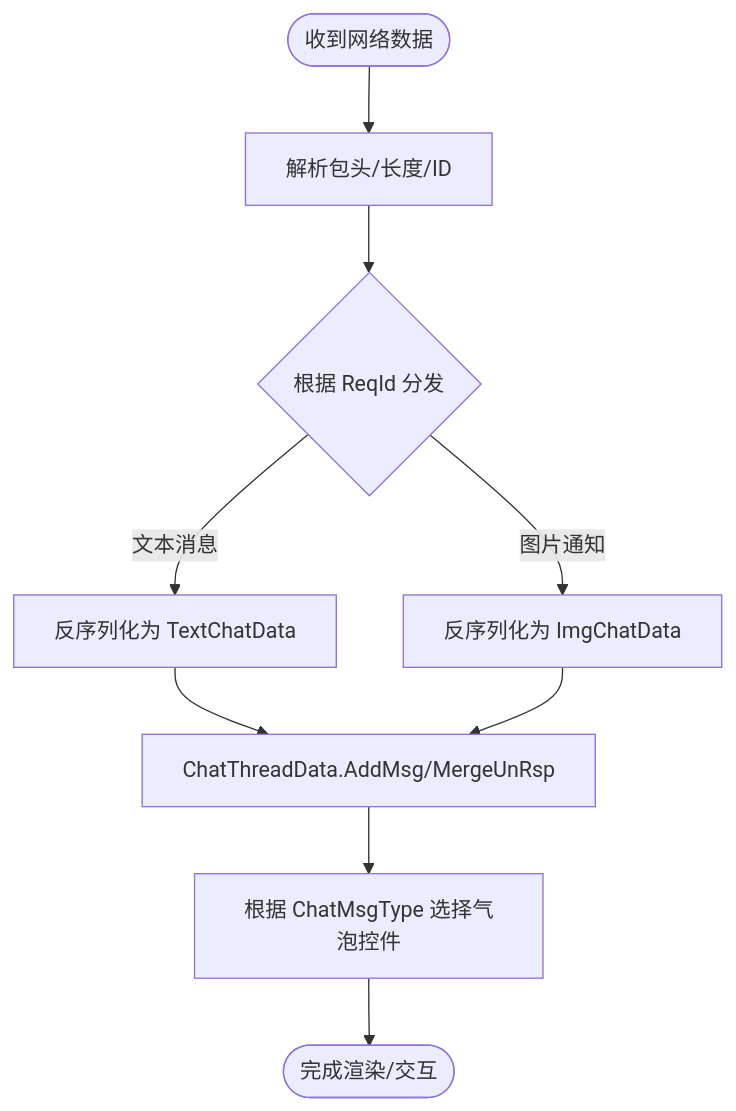
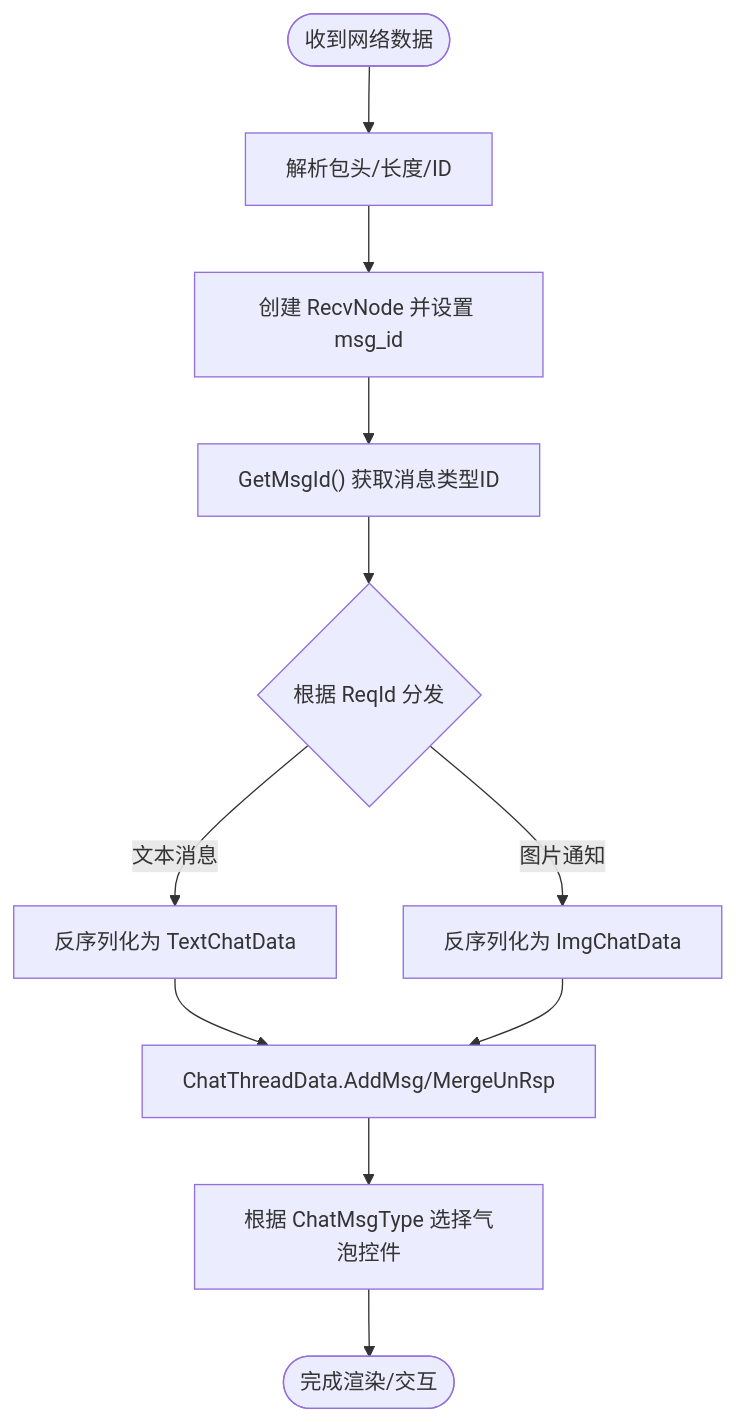
One commit to echo9923/mychatter changed the sixth of 9 diagrams in .qoder/repowiki/zh/content/核心功能模块/聊天消息系统/消息类型系统.md. Above: the diagram before and after it, drawn with Mermaid. The commit also changed other lines of this file and 54 other files, not shown here.

````diff
--- a/.qoder/repowiki/zh/content/核心功能模块/聊天消息系统/消息类型系统.md
+++ b/.qoder/repowiki/zh/content/核心功能模块/聊天消息系统/消息类型系统.md
@@ -255,11 +333,13 @@
 ```mermaid
 flowchart TD
 Start(["收到网络数据"]) --> ParseHeader["解析包头/长度/ID"]
-ParseHeader --> Dispatch{"根据 ReqId 分发"}
+ParseHeader --> CreateNode["创建 RecvNode 并设置 msg_id"]
+CreateNode --> GetMsgId["GetMsgId() 获取消息类型ID"]
+GetMsgId --> Dispatch{"根据 ReqId 分发"}
 Dispatch --> |文本消息| ToText["反序列化为 TextChatData"]
 Dispatch --> |图片通知| ToImg["反序列化为 ImgChatData"]
 ToText --> ThreadAdd["ChatThreadData.AddMsg/MergeUnRsp"]
 ToImg --> ThreadAdd
 ThreadAdd --> UpdateUI["根据 ChatMsgType 选择气泡控件"]
 UpdateUI --> End(["完成渲染/交互"])
 ```
````
